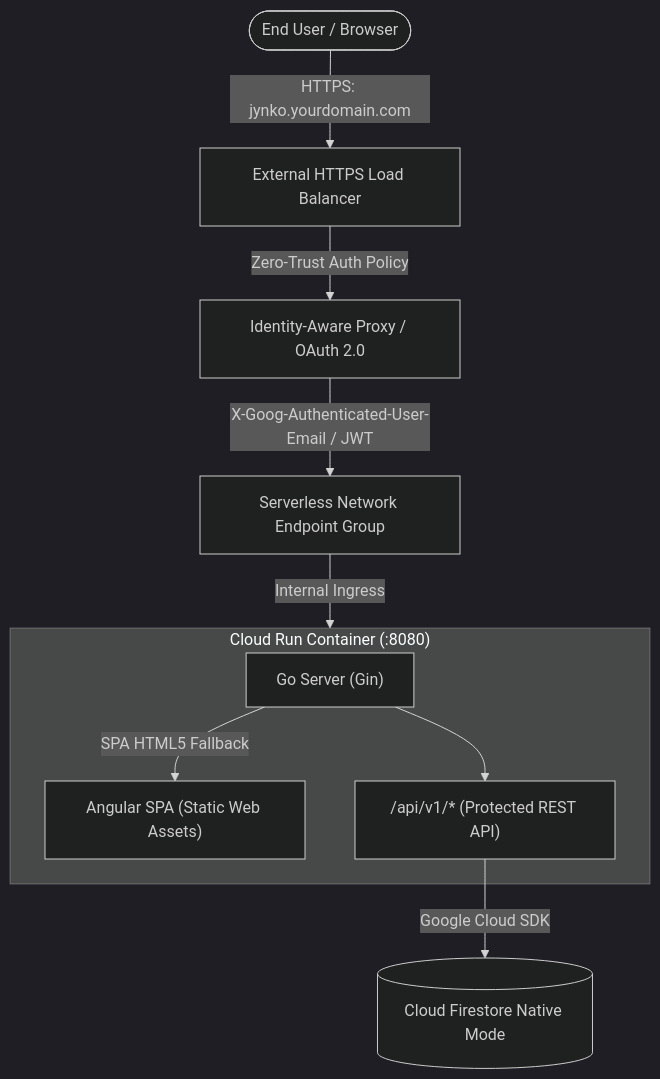
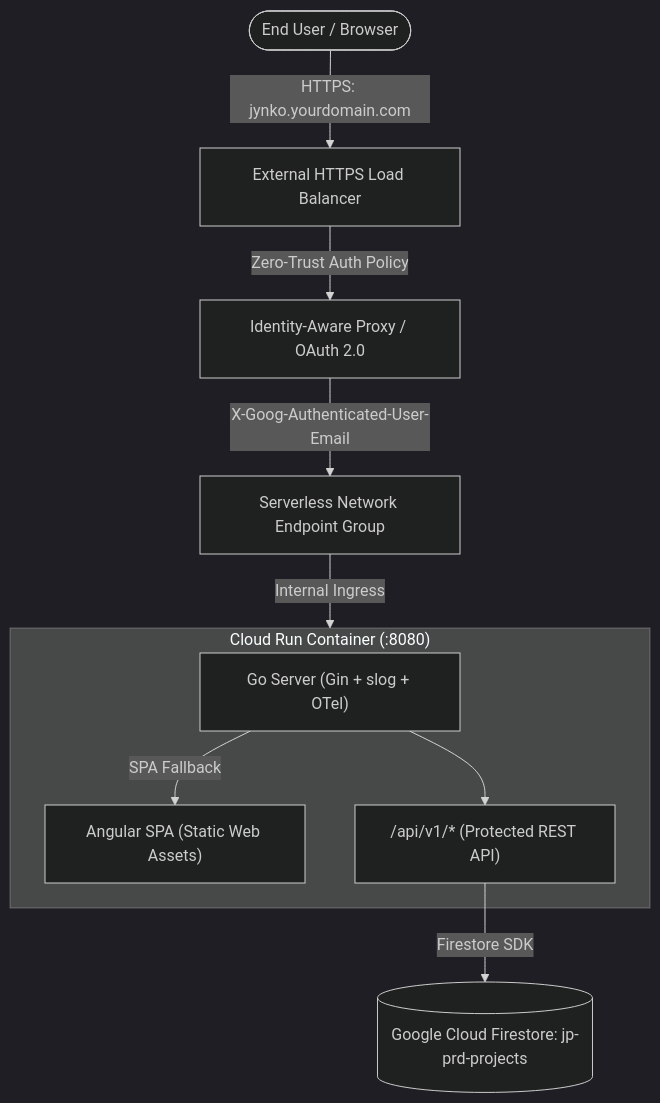
The second of 2 diagrams in docs/GCP_DEPLOYMENT_AND_IAP_GUIDE.md (gabihodoroaga/jynko-plan), drawn with Mermaid (dark theme) before and after one commit. The commit also changed other lines of this file and 9 other files, not shown here.

````diff
--- a/docs/GCP_DEPLOYMENT_AND_IAP_GUIDE.md
+++ b/docs/GCP_DEPLOYMENT_AND_IAP_GUIDE.md
@@ -9,17 +42,17 @@
 ```mermaid
 flowchart TD
     User([End User / Browser]) -->|HTTPS: jynko.yourdomain.com| ExtLB[External HTTPS Load Balancer]
     ExtLB -->|Zero-Trust Auth Policy| IAP[Identity-Aware Proxy / OAuth 2.0]
-    IAP -->|X-Goog-Authenticated-User-Email / JWT| NEG[Serverless Network Endpoint Group]
+    IAP -->|X-Goog-Authenticated-User-Email| NEG[Serverless Network Endpoint Group]
     NEG -->|Internal Ingress| CloudRun["Google Cloud Run (Unified Container)"]
     
     subgraph CloudRun ["Cloud Run Container (:8080)"]
-        Server["Go Server (Gin)"]
+        Server["Go Server (Gin + slog + OTel)"]
         Static["Angular SPA (Static Web Assets)"]
         API["/api/v1/* (Protected REST API)"]
         Server --> API
-        Server -->|SPA HTML5 Fallback| Static
+        Server -->|SPA Fallback| Static
     end
 
-    API -->|Google Cloud SDK| Firestore[(Cloud Firestore Native Mode)]
+    API -->|Firestore SDK| Firestore[(Google Cloud Firestore: jp-prd-projects)]
 ```
````
